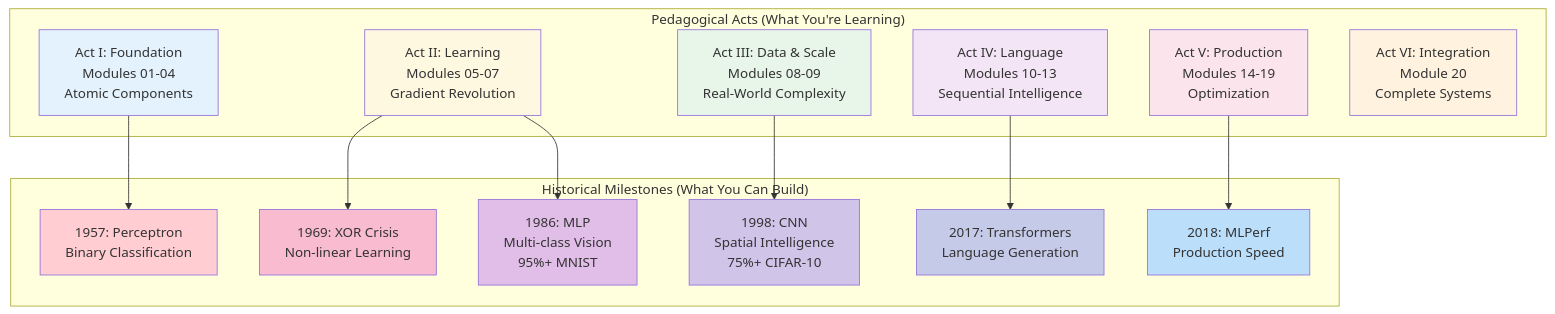
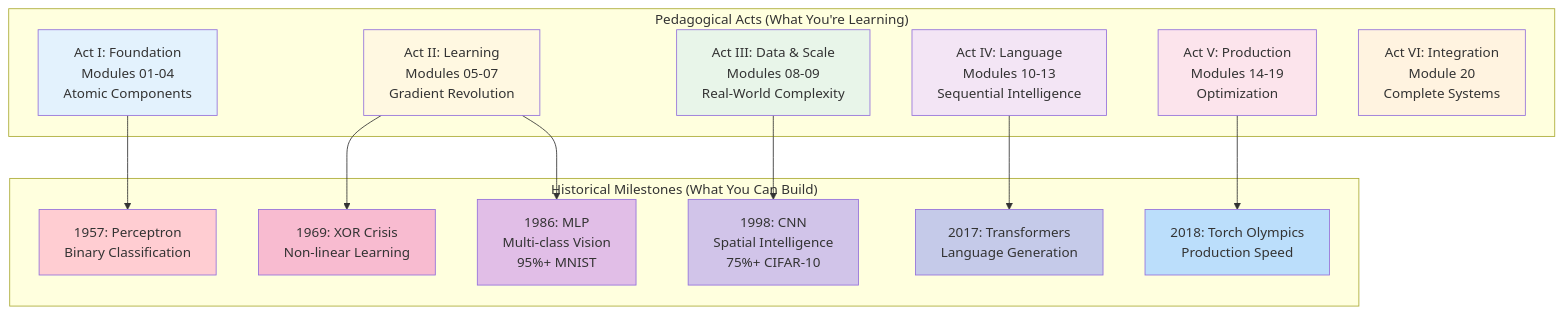
The first of 2 diagrams in site/chapters/milestones.md (MLSysBook/TinyTorch), drawn with Mermaid before and after one commit. The commit also changed other lines of this file and 27 other files, not shown here.

````diff
--- a/site/chapters/milestones.md
+++ b/site/chapters/milestones.md
@@ -46,40 +46,40 @@
 ```{mermaid}
 graph TB
     subgraph "Pedagogical Acts (What You're Learning)"
         A1["Act I: Foundation<br/>Modules 01-04<br/>Atomic Components"]
         A2["Act II: Learning<br/>Modules 05-07<br/>Gradient Revolution"]
         A3["Act III: Data & Scale<br/>Modules 08-09<br/>Real-World Complexity"]
         A4["Act IV: Language<br/>Modules 10-13<br/>Sequential Intelligence"]
         A5["Act V: Production<br/>Modules 14-19<br/>Optimization"]
         A6["Act VI: Integration<br/>Module 20<br/>Complete Systems"]
     end
 
     subgraph "Historical Milestones (What You Can Build)"
         M1["1957: Perceptron<br/>Binary Classification"]
         M2["1969: XOR Crisis<br/>Non-linear Learning"]
         M3["1986: MLP<br/>Multi-class Vision<br/>95%+ MNIST"]
         M4["1998: CNN<br/>Spatial Intelligence<br/>75%+ CIFAR-10"]
         M5["2017: Transformers<br/>Language Generation"]
-        M6["2018: MLPerf<br/>Production Speed"]
+        M6["2018: Torch Olympics<br/>Production Speed"]
     end
 
     A1 --> M1
     A2 --> M2
     A2 --> M3
     A3 --> M4
     A4 --> M5
     A5 --> M6
 
     style A1 fill:#e3f2fd
     style A2 fill:#fff8e1
     style A3 fill:#e8f5e9
     style A4 fill:#f3e5f5
     style A5 fill:#fce4ec
     style A6 fill:#fff3e0
     style M1 fill:#ffcdd2
     style M2 fill:#f8bbd0
     style M3 fill:#e1bee7
     style M4 fill:#d1c4e9
     style M5 fill:#c5cae9
     style M6 fill:#bbdefb
 ```
````
